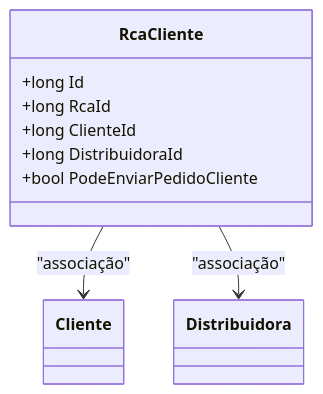
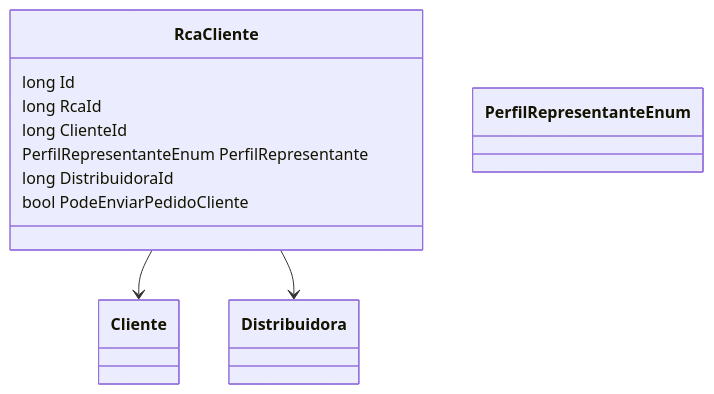
Before and after one commit to IsthmusSistemas/documentacao-tecnica: the diagram in docs/b2b-dominio/IsthmusWinthor.Nucleo/IsthmusWinthor.Dominio/Entidades/RcaCliente.md, drawn with Mermaid. The commit also changed other lines of this file and 882 other files, not shown here.

````diff
--- a/docs/b2b-dominio/IsthmusWinthor.Nucleo/IsthmusWinthor.Dominio/Entidades/RcaCliente.md
+++ b/docs/b2b-dominio/IsthmusWinthor.Nucleo/IsthmusWinthor.Dominio/Entidades/RcaCliente.md
@@ -22,12 +22,19 @@
 ```mermaid
 classDiagram
     class RcaCliente {
-        +long Id
-        +long RcaId
-        +long ClienteId
-        +long DistribuidoraId
-        +bool PodeEnviarPedidoCliente
+        long Id
+        long RcaId
+        long ClienteId
+        PerfilRepresentanteEnum PerfilRepresentante
+        long DistribuidoraId
+        bool PodeEnviarPedidoCliente
     }
-    RcaCliente --> Cliente : "associação"
-    RcaCliente --> Distribuidora : "associação"
+    RcaCliente --> Cliente
+    RcaCliente --> Distribuidora
+    class Cliente {
+    }
+    class Distribuidora {
+    }
+    class PerfilRepresentanteEnum {
+    }
 ```
````
